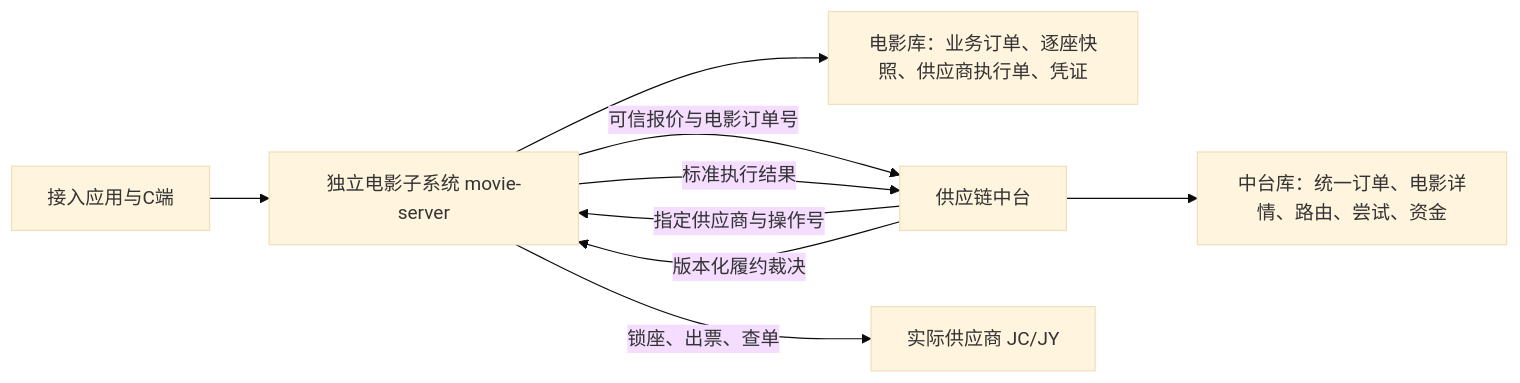
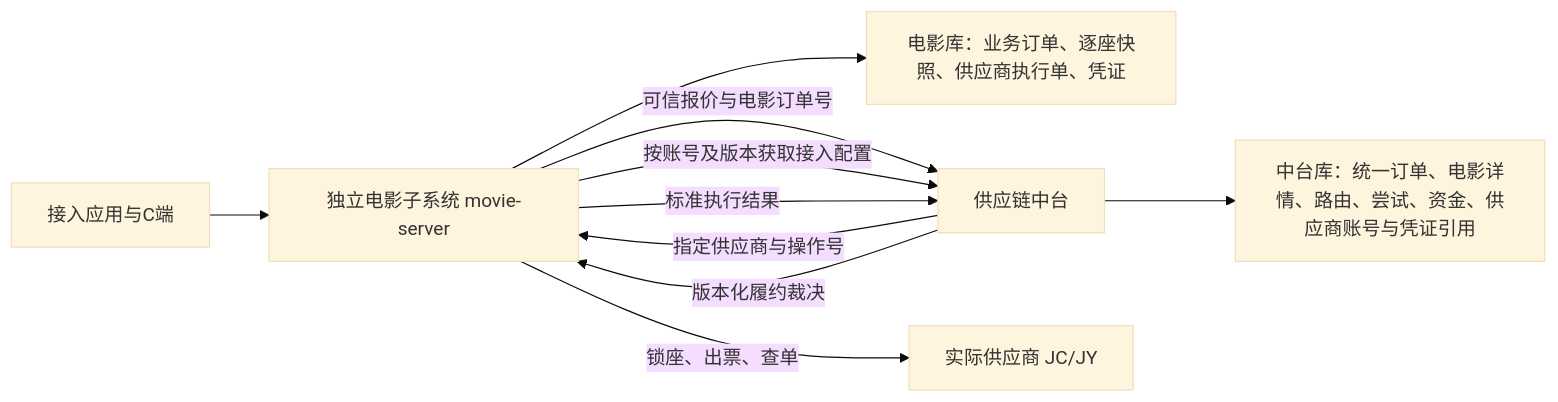
The first of 2 diagrams in docs/电影子系统与中台履约详细设计.md (zwye1986/supply-hub), drawn with Mermaid (base theme) before and after one commit. The commit also changed other lines of this file and 4 other files, not shown here.

````diff
--- a/docs/电影子系统与中台履约详细设计.md
+++ b/docs/电影子系统与中台履约详细设计.md
@@ -37,11 +39,12 @@
 ```mermaid
 flowchart LR
     Client[接入应用与C端] --> Movie[独立电影子系统 movie-server]
     Movie --> MovieDB[电影库：业务订单、逐座快照、供应商执行单、凭证]
     Movie -->|可信报价与电影订单号| SC[供应链中台]
-    SC --> SCDB[中台库：统一订单、电影详情、路由、尝试、资金]
+    SC --> SCDB[中台库：统一订单、电影详情、路由、尝试、资金、供应商账号与凭证引用]
+    Movie -->|按账号及版本获取接入配置| SC
     SC -->|指定供应商与操作号| Movie
     Movie -->|锁座、出票、查单| Supplier[实际供应商 JC/JY]
     Movie -->|标准执行结果| SC
     SC -->|版本化履约裁决| Movie
 ```
````
